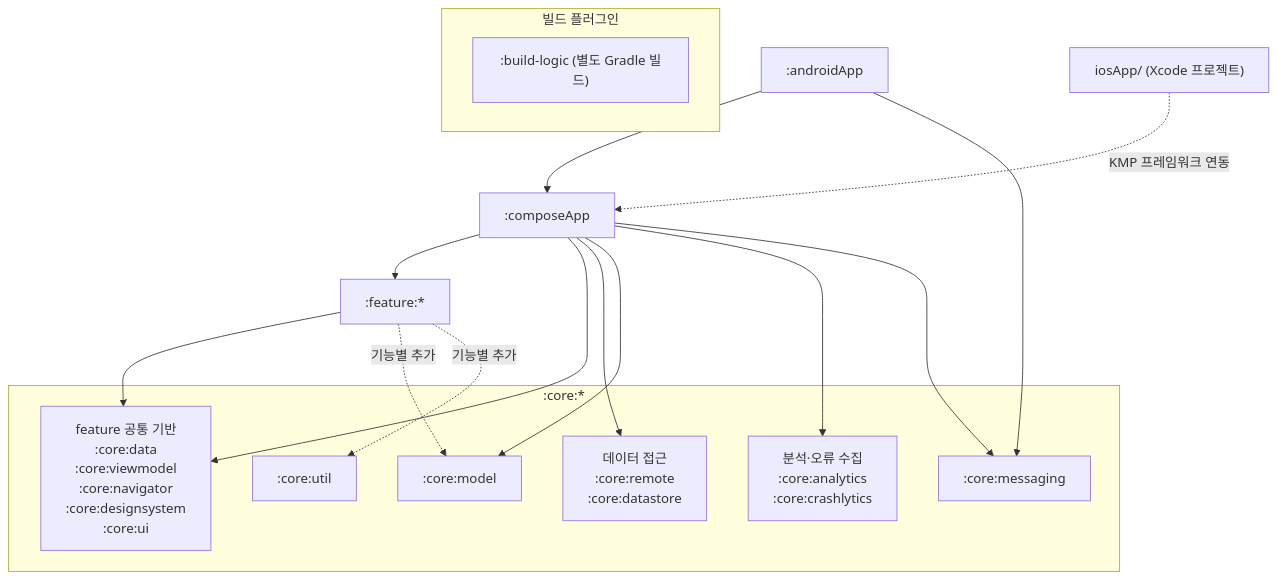
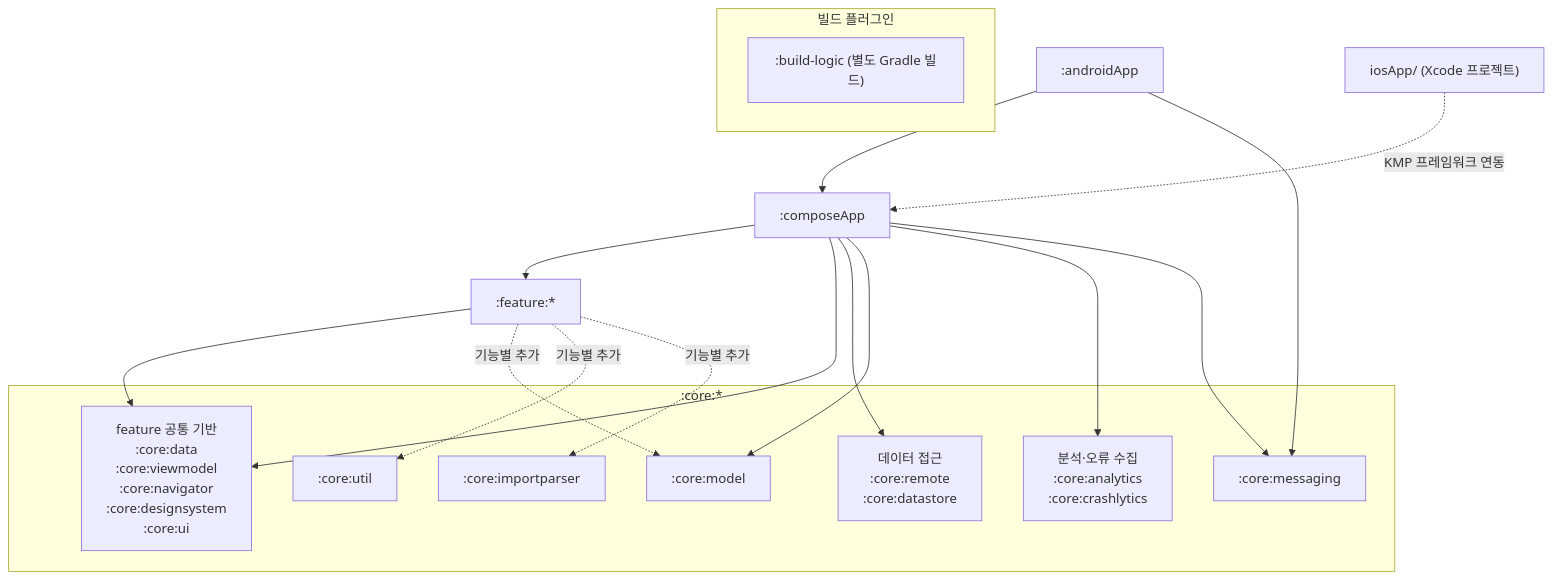
One commit to whatever-x/Caro-Mobile changed the second of 11 diagrams in ARCHITECTURE.md. Above: the diagram before and after it, drawn with Mermaid. The commit also changed other lines of this file and 1 other file, not shown here.

````diff
--- a/ARCHITECTURE.md
+++ b/ARCHITECTURE.md
@@ -37,33 +37,35 @@
 ```mermaid
 flowchart TB
     android[":androidApp"]
     ios["iosApp/ (Xcode 프로젝트)"]
     app[":composeApp"]
     feature[":feature:*"]
 
     subgraph coreModules[":core:*"]
         commonCore["feature 공통 기반<br/>:core:data<br/>:core:viewmodel<br/>:core:navigator<br/>:core:designsystem<br/>:core:ui"]
         dataCore["데이터 접근<br/>:core:remote<br/>:core:datastore"]
         model[":core:model"]
         monitoring["분석·오류 수집<br/>:core:analytics<br/>:core:crashlytics"]
         messaging[":core:messaging"]
         util[":core:util"]
+        importparser[":core:importparser"]
     end
 
     subgraph buildPlugins["빌드 플러그인"]
         buildLogic[":build-logic (별도 Gradle 빌드)"]
     end
 
     android --> app
     android --> messaging
     ios -.->|KMP 프레임워크 연동| app
     app --> feature
     app --> commonCore
     app --> dataCore
     app --> model
     app --> monitoring
     app --> messaging
     feature --> commonCore
     feature -.->|기능별 추가| model
     feature -.->|기능별 추가| util
+    feature -.->|기능별 추가| importparser
 ```
````
